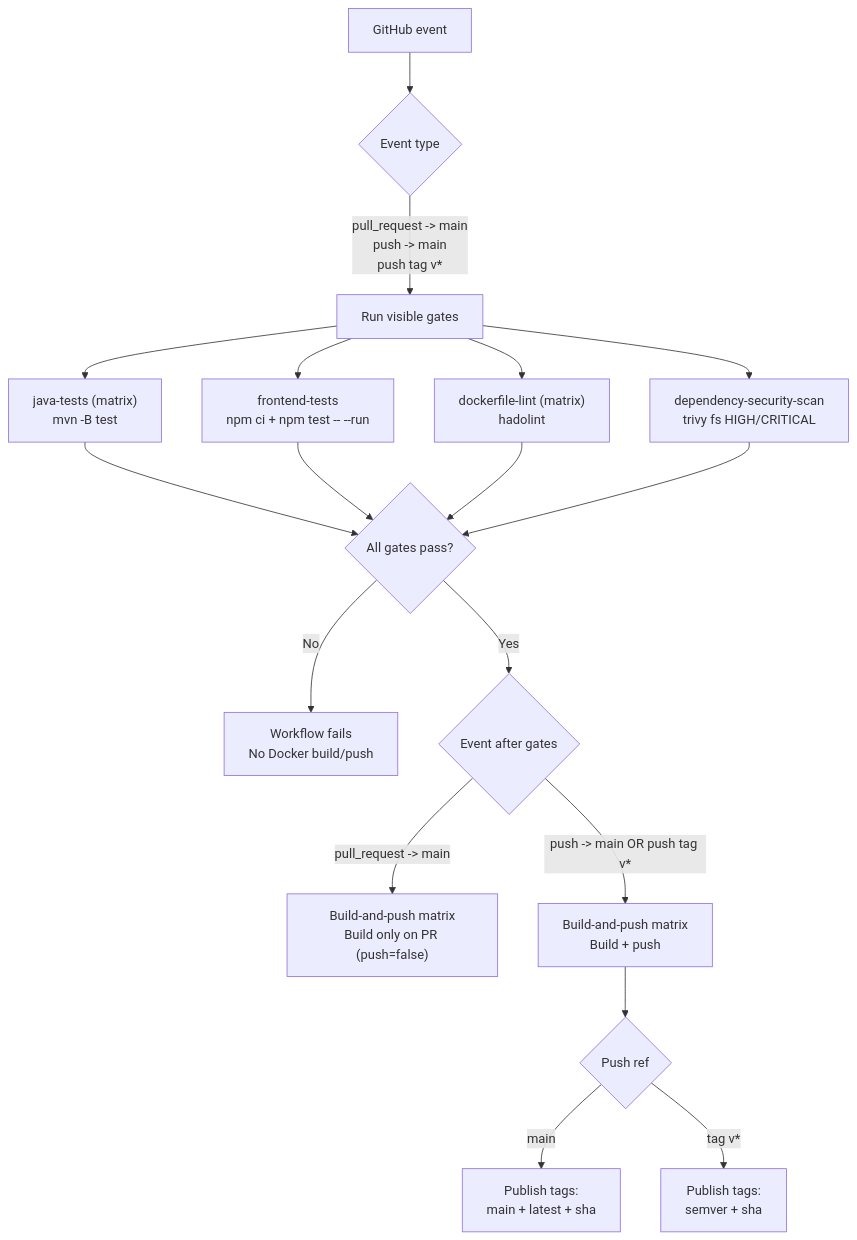
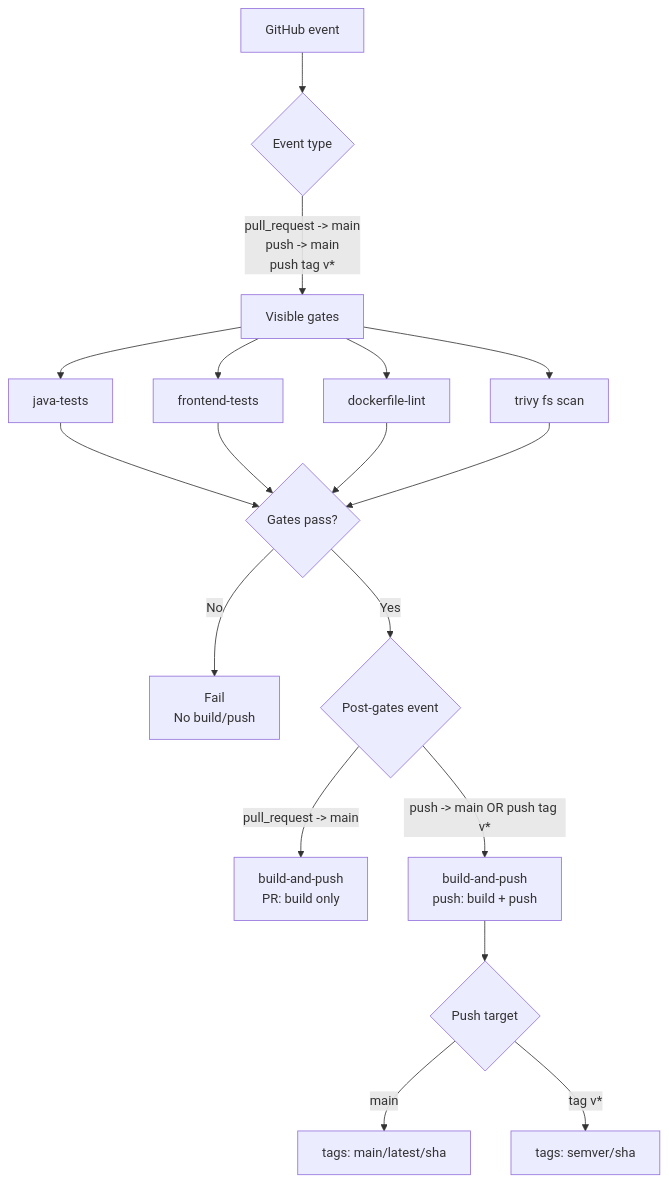
The first of 2 diagrams in docs/runbooks/ci-cd/ci-app.md (ClementV78/CloudRadar), drawn with Mermaid before and after one commit. The commit also changed other lines of this file, not shown here.

Commit message:
docs(ci): compact pipeline diagrams for readability
Refs #506

````diff
--- a/docs/runbooks/ci-cd/ci-app.md
+++ b/docs/runbooks/ci-cd/ci-app.md
@@ -7,24 +7,24 @@
 ```mermaid
 flowchart TD
   T["GitHub event"] --> E{"Event type"}
 
-  E -->|"pull_request -> main<br/>push -> main<br/>push tag v*"| G["Run visible gates"]
+  E -->|"pull_request -> main<br/>push -> main<br/>push tag v*"| G["Visible gates"]
 
-  G --> J1["java-tests (matrix)<br/>mvn -B test"]
-  G --> J2["frontend-tests<br/>npm ci + npm test -- --run"]
-  G --> J3["dockerfile-lint (matrix)<br/>hadolint"]
-  G --> J4["dependency-security-scan<br/>trivy fs HIGH/CRITICAL"]
+  G --> J1["java-tests"]
+  G --> J2["frontend-tests"]
+  G --> J3["dockerfile-lint"]
+  G --> J4["trivy fs scan"]
 
-  J1 --> F{"All gates pass?"}
+  J1 --> F{"Gates pass?"}
   J2 --> F
   J3 --> F
   J4 --> F
 
-  F -->|"No"| X["Workflow fails<br/>No Docker build/push"]
-  F -->|"Yes"| B{"Event after gates"}
-  B -->|"pull_request -> main"| B1["Build-and-push matrix<br/>Build only on PR (push=false)"]
-  B -->|"push -> main OR push tag v*"| B2["Build-and-push matrix<br/>Build + push"]
-  B2 --> TAG{"Push ref"}
-  TAG -->|"main"| TMAIN["Publish tags:<br/>main + latest + sha"]
-  TAG -->|"tag v*"| TTAG["Publish tags:<br/>semver + sha"]
+  F -->|"No"| X["Fail<br/>No build/push"]
+  F -->|"Yes"| B{"Post-gates event"}
+  B -->|"pull_request -> main"| B1["build-and-push<br/>PR: build only"]
+  B -->|"push -> main OR push tag v*"| B2["build-and-push<br/>push: build + push"]
+  B2 --> TAG{"Push target"}
+  TAG -->|"main"| TMAIN["tags: main/latest/sha"]
+  TAG -->|"tag v*"| TTAG["tags: semver/sha"]
 ```
````
